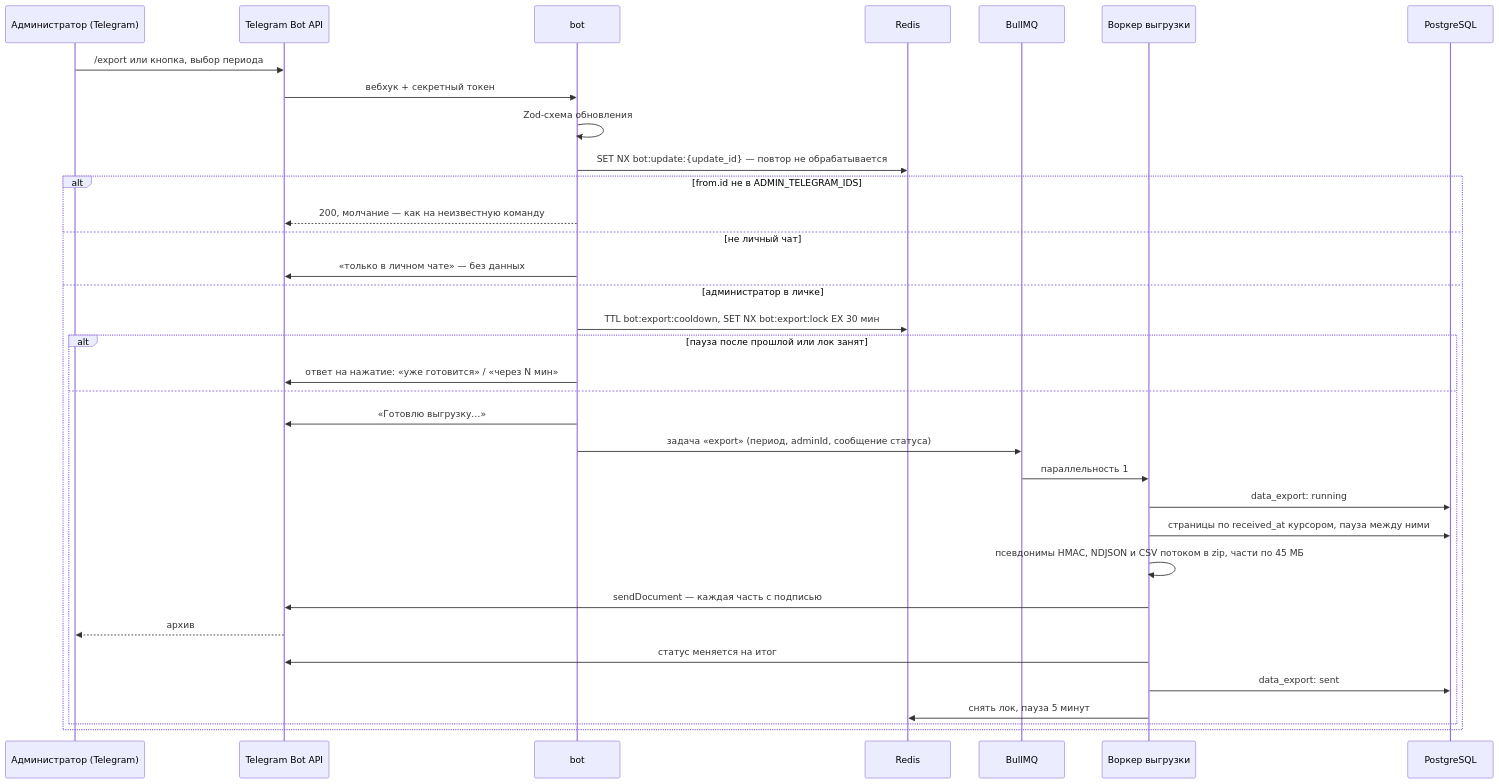
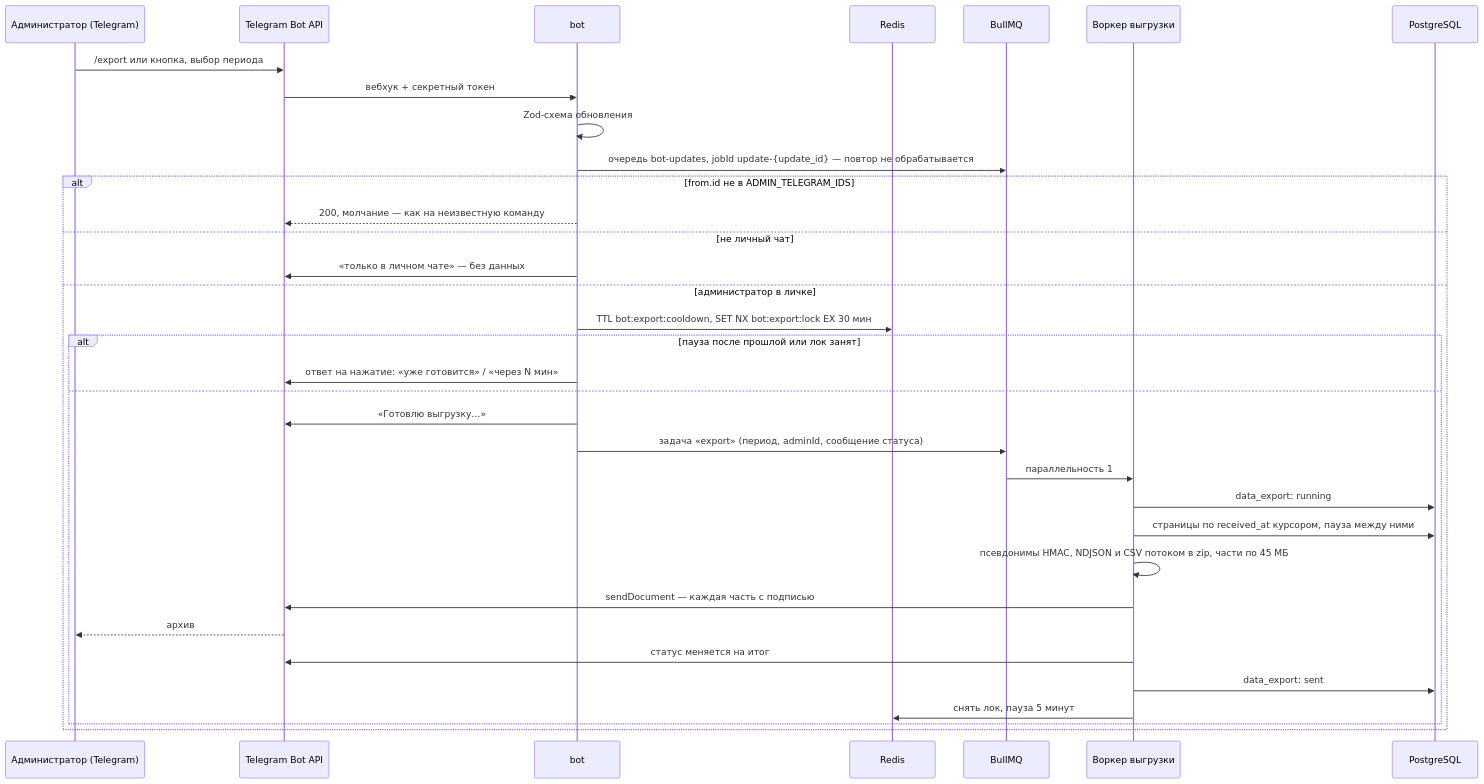
One commit to JJSGxKD/rubezh changed diagram 20 of 38 in docs/21-diagrams.md. Above: the diagram before and after it, drawn with Mermaid. The commit also changed other lines of this file and 1 other file, not shown here.

First line of the commit message:
docs: Опиши приём обновлений бота через очередь

````diff
--- a/docs/21-diagrams.md
+++ b/docs/21-diagrams.md
@@ -2480,37 +2481,37 @@
 ```mermaid
 sequenceDiagram
     participant A as Администратор (Telegram)
     participant TG as Telegram Bot API
     participant B as bot
     participant R as Redis
     participant Q as BullMQ
     participant W as Воркер выгрузки
     participant DB as PostgreSQL
 
     A->>TG: /export или кнопка, выбор периода
     TG->>B: вебхук + секретный токен
     B->>B: Zod-схема обновления
-    B->>R: SET NX bot:update:{update_id} — повтор не обрабатывается
+    B->>Q: очередь bot-updates, jobId update-{update_id} — повтор не обрабатывается
     alt from.id не в ADMIN_TELEGRAM_IDS
         B-->>TG: 200, молчание — как на неизвестную команду
     else не личный чат
         B->>TG: «только в личном чате» — без данных
     else администратор в личке
         B->>R: TTL bot:export:cooldown, SET NX bot:export:lock EX 30 мин
         alt пауза после прошлой или лок занят
             B->>TG: ответ на нажатие: «уже готовится» / «через N мин»
         else
             B->>TG: «Готовлю выгрузку…»
             B->>Q: задача «export» (период, adminId, сообщение статуса)
             Q->>W: параллельность 1
             W->>DB: data_export: running
             W->>DB: страницы по received_at курсором, пауза между ними
             W->>W: псевдонимы HMAC, NDJSON и CSV потоком в zip, части по 45 МБ
             W->>TG: sendDocument — каждая часть с подписью
             TG-->>A: архив
             W->>TG: статус меняется на итог
             W->>DB: data_export: sent
             W->>R: снять лок, пауза 5 минут
         end
     end
 ```
````
